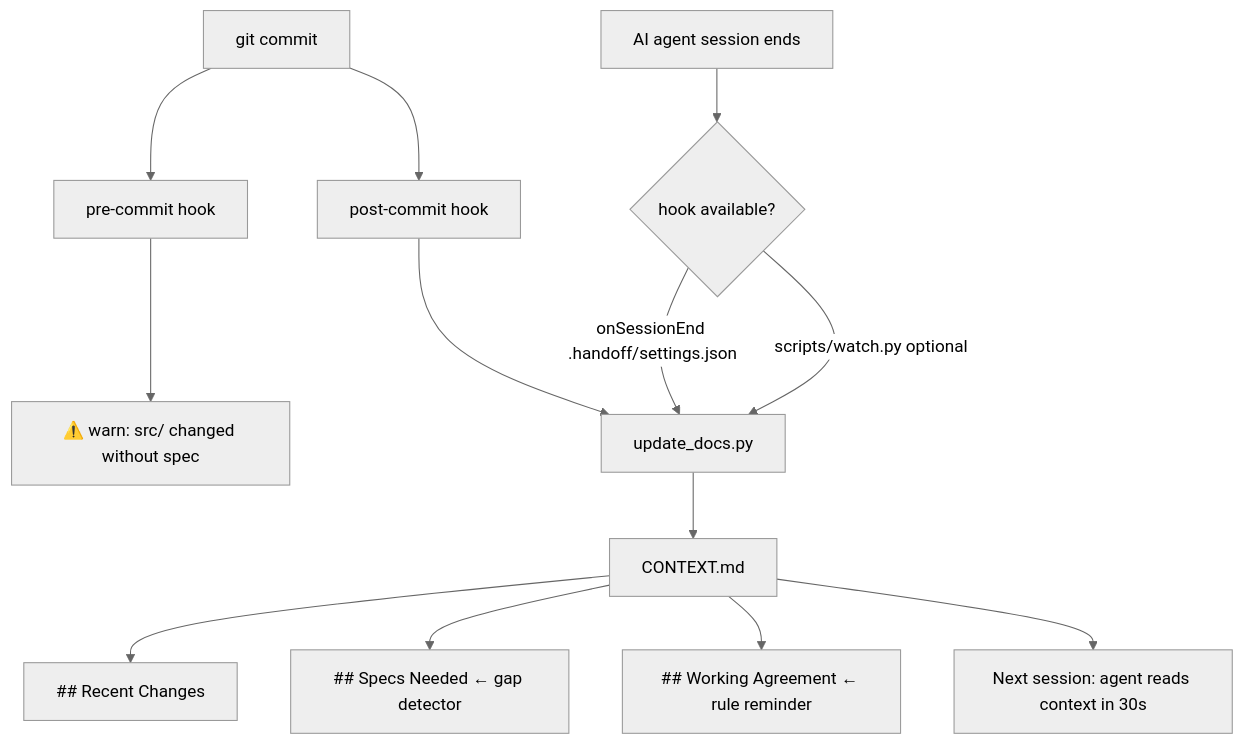
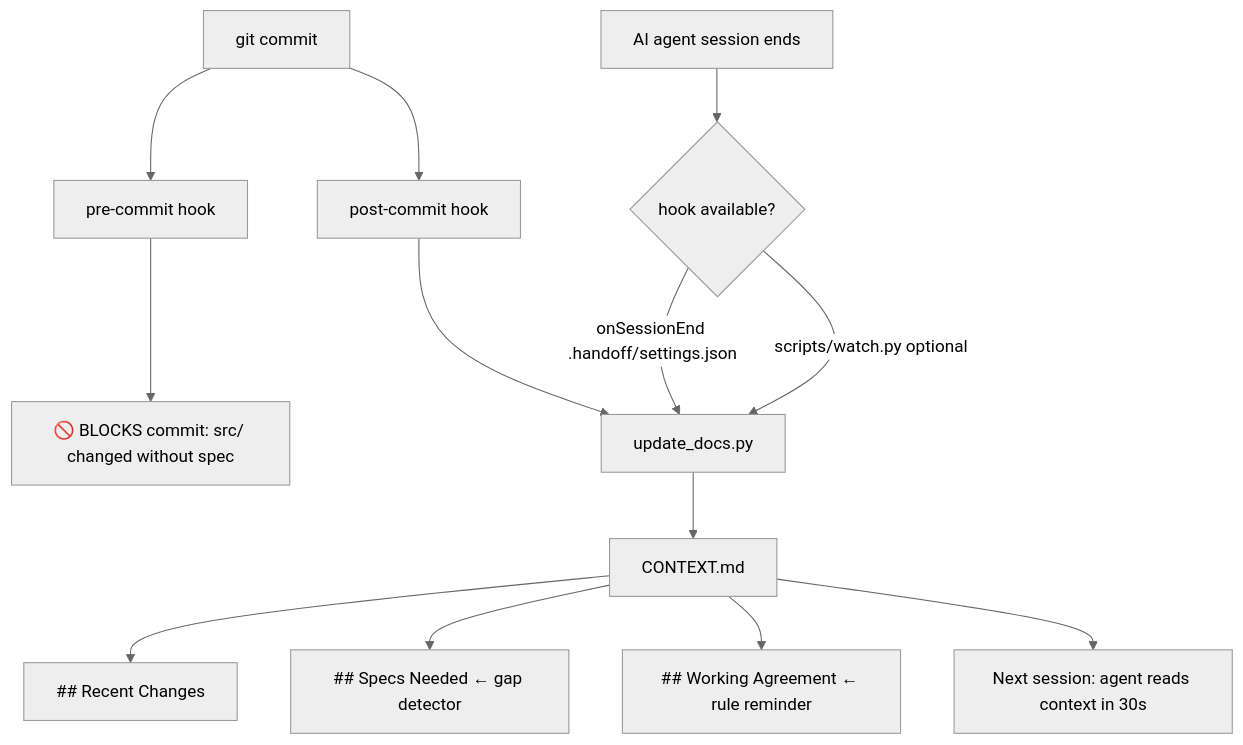
The first of 2 diagrams in README.md (pacman-db/ai-app-blueprint), drawn with Mermaid (neutral theme) before and after one commit. The commit also changed other lines of this file, not shown here.

Commit message:
docs: documentar pre-commit bloqueante, warning contexto total y tabla WORKING-AGREEMENT en README

````diff
--- a/README.md
+++ b/README.md
@@ -168,15 +168,15 @@
 ```mermaid
 flowchart TD
     A[git commit] --> B[pre-commit hook]
     A --> C[post-commit hook]
-    B --> B1["⚠️ warn: src/ changed without spec"]
+    B --> B1["🚫 BLOCKS commit: src/ changed without spec"]
     C --> D[update_docs.py]
     E[AI agent session ends] --> F{hook available?}
     F -->|onSessionEnd .handoff/settings.json| D
     F -->|scripts/watch.py optional| D
     D --> G[CONTEXT.md]
     G --> G1["## Recent Changes"]
     G --> G2["## Specs Needed ← gap detector"]
     G --> G3["## Working Agreement ← rule reminder"]
     G --> H[Next session: agent reads context in 30s]
 ```
````
